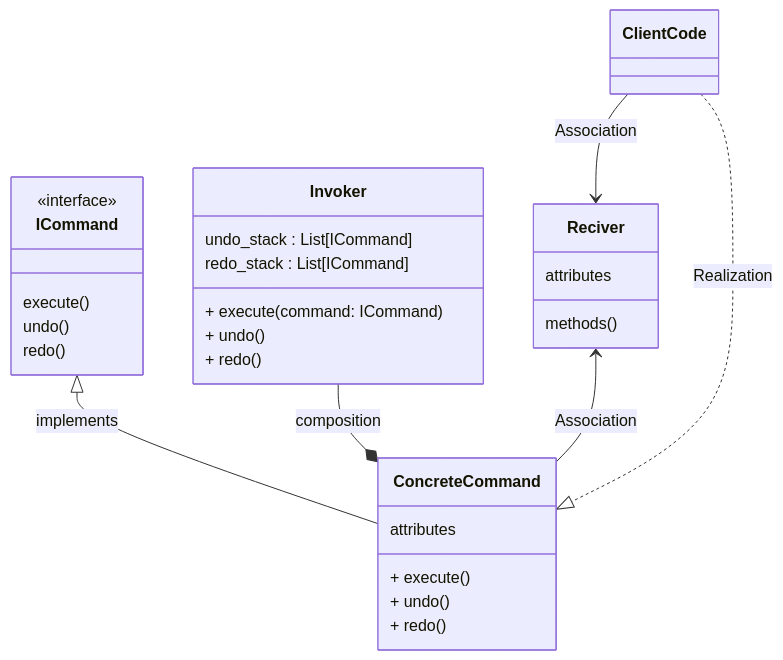
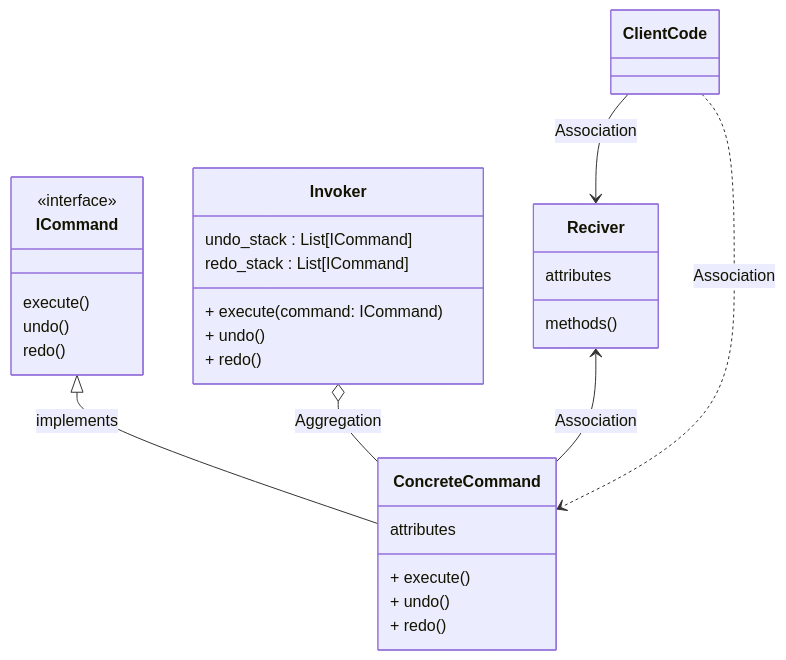
The diagram in behavioral/command/README.md (eduardoyanoliveira/design_patterns), drawn with Mermaid before and after one commit.

````diff
--- a/behavioral/command/README.md
+++ b/behavioral/command/README.md
@@ -19,32 +19,32 @@
 ```mermaid
 classDiagram
 class ICommand
 <<interface>> ICommand
 ICommand : execute()
 ICommand : undo()
 ICommand: redo()
 class ClientCode
 class Invoker{
     undo_stack : List[ICommand] 
     redo_stack : List[ICommand] 
     + execute(command: ICommand)
     + undo()
     + redo()
 }
 class ConcreteCommand{
     attributes
     + execute()
     + undo()
     + redo()
 }
 class Reciver{
     attributes
     methods()
 }
 ICommand <|-- ConcreteCommand : implements
-Invoker --* ConcreteCommand : composition
+Invoker o-- ConcreteCommand : Aggregation
 Reciver <-- ConcreteCommand : Association 
 ClientCode --> Reciver : Association
-ClientCode ..|> ConcreteCommand : Realization
+ClientCode ..> ConcreteCommand : Association
 
 ```
````
